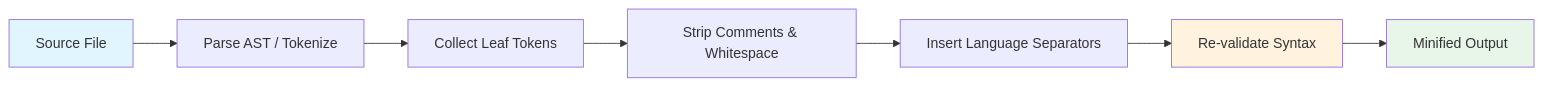
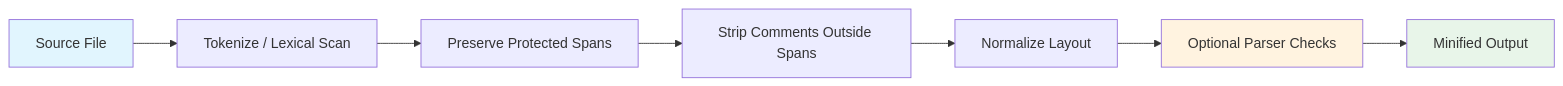
One commit to keepkeen/code-minification-skill changed the first of 2 diagrams in README.md. Above: the diagram before and after it, drawn with Mermaid. The commit also changed other lines of this file and 5 other files, not shown here.

````diff
--- a/README.md
+++ b/README.md
@@ -69,13 +69,13 @@
 ```mermaid
 flowchart LR
-    A[Source File] --> B[Parse AST / Tokenize]
-    B --> C[Collect Leaf Tokens]
-    C --> D[Strip Comments & Whitespace]
-    D --> E[Insert Language Separators]
-    E --> F[Re-validate Syntax]
+    A[Source File] --> B[Tokenize / Lexical Scan]
+    B --> C[Preserve Protected Spans]
+    C --> D[Strip Comments Outside Spans]
+    D --> E[Normalize Layout]
+    E --> F[Optional Parser Checks]
     F --> G[Minified Output]
     
     style A fill:#e1f5fe
     style G fill:#e8f5e9
     style F fill:#fff3e0
 ```
````
